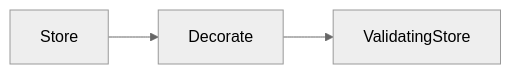
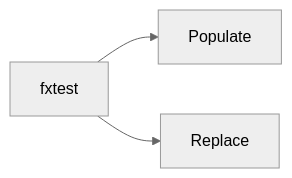
Diagram 11 of 11 in docs/walkthrough.md (limistah/go-url-shortener), drawn with Mermaid (neutral theme) before and after one commit. The commit also changed other lines of this file and 48 other files, not shown here.

````diff
--- a/docs/walkthrough.md
+++ b/docs/walkthrough.md
@@ -123,4 +99,5 @@
 ```mermaid
 flowchart LR
-  Store --> Decorate --> ValidatingStore
+  fxtest --> Populate
+  fxtest --> Replace
 ```
````
